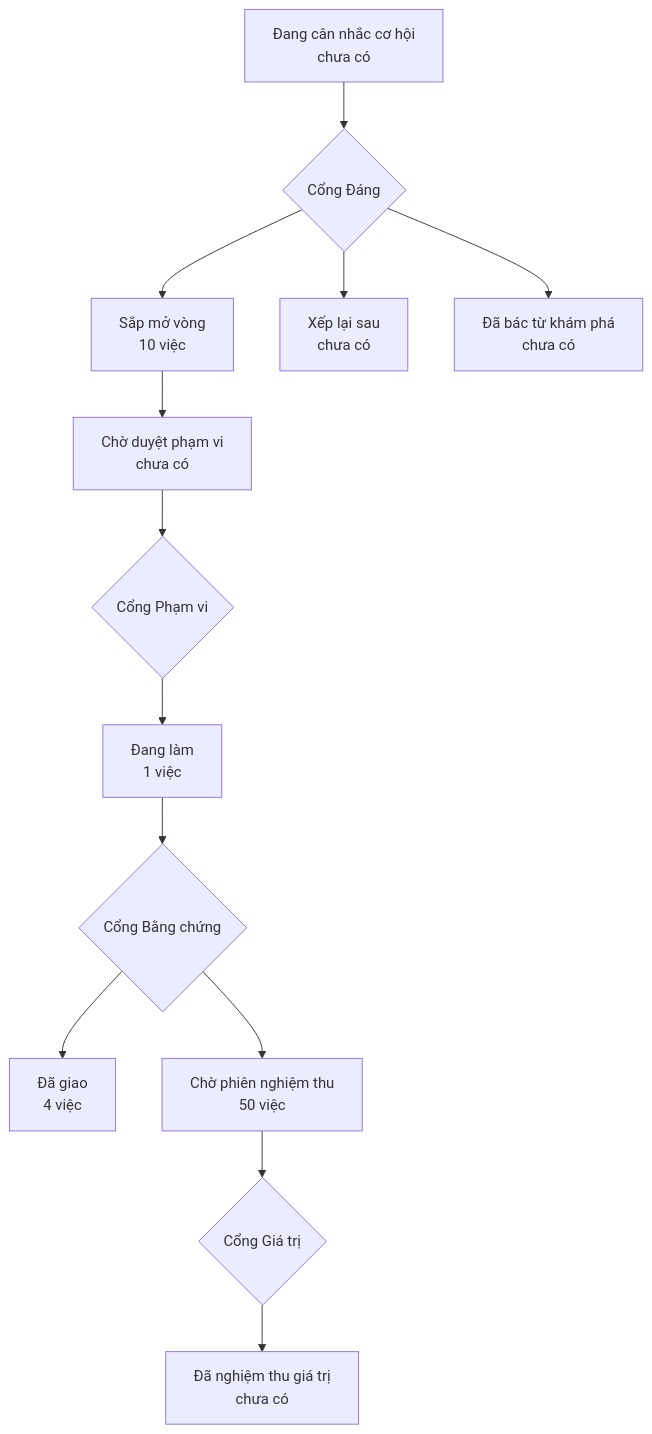
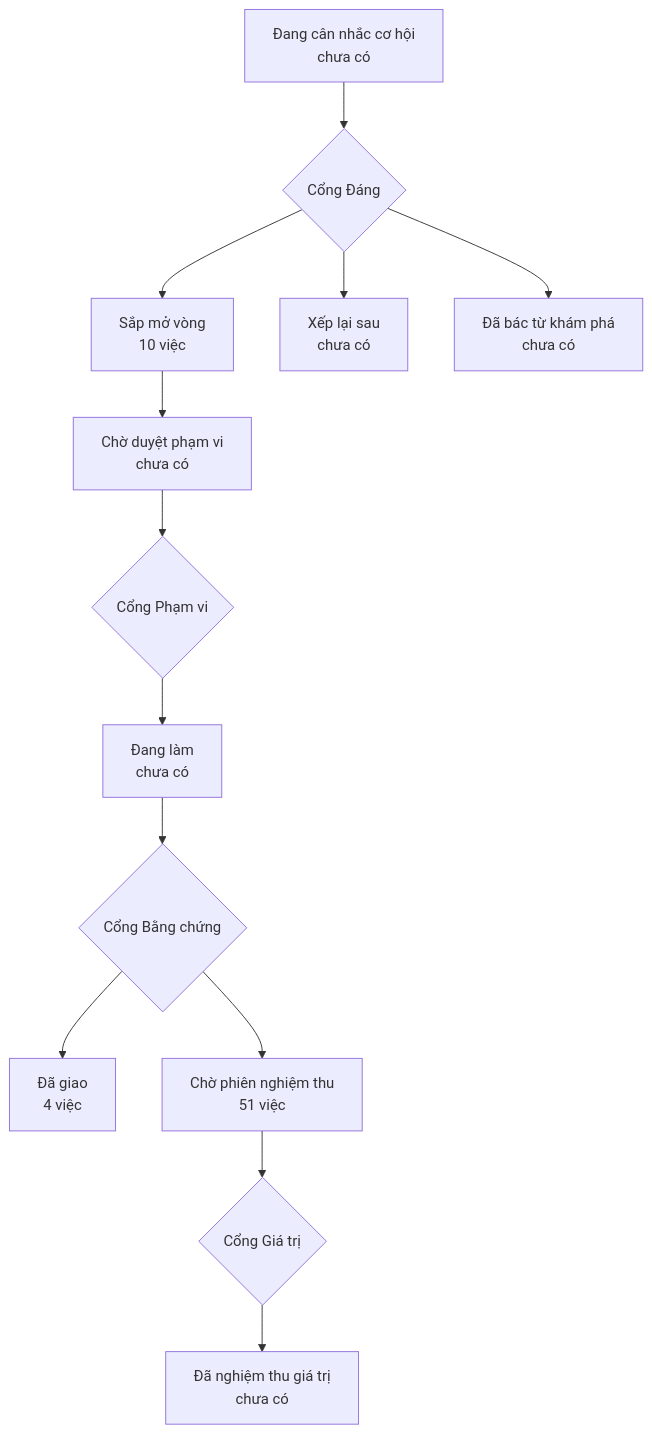
The diagram in PRODUCT-MAP.md (phanlemanh/onehub-inventory), drawn with Mermaid before and after one commit. The commit also changed other lines of this file and 4 other files, not shown here.

````diff
--- a/PRODUCT-MAP.md
+++ b/PRODUCT-MAP.md
@@ -7,12 +7,12 @@
 ```mermaid
 flowchart TD
   A["Đang cân nhắc cơ hội<br/>chưa có"] --> GD{"Cổng Đáng"}
   GD --> B["Sắp mở vòng<br/>10 việc"]
   GD --> XL["Xếp lại sau<br/>chưa có"]
   GD --> DB["Đã bác từ khám phá<br/>chưa có"]
   B --> CD["Chờ duyệt phạm vi<br/>chưa có"] --> GP{"Cổng Phạm vi"}
-  GP --> DL["Đang làm<br/>1 việc"] --> GB{"Cổng Bằng chứng"}
+  GP --> DL["Đang làm<br/>chưa có"] --> GB{"Cổng Bằng chứng"}
   GB --> DG["Đã giao<br/>4 việc"]
-  GB --> CN["Chờ phiên nghiệm thu<br/>50 việc"] --> GG{"Cổng Giá trị"}
+  GB --> CN["Chờ phiên nghiệm thu<br/>51 việc"] --> GG{"Cổng Giá trị"}
   GG --> NT["Đã nghiệm thu giá trị<br/>chưa có"]
 ```
````
